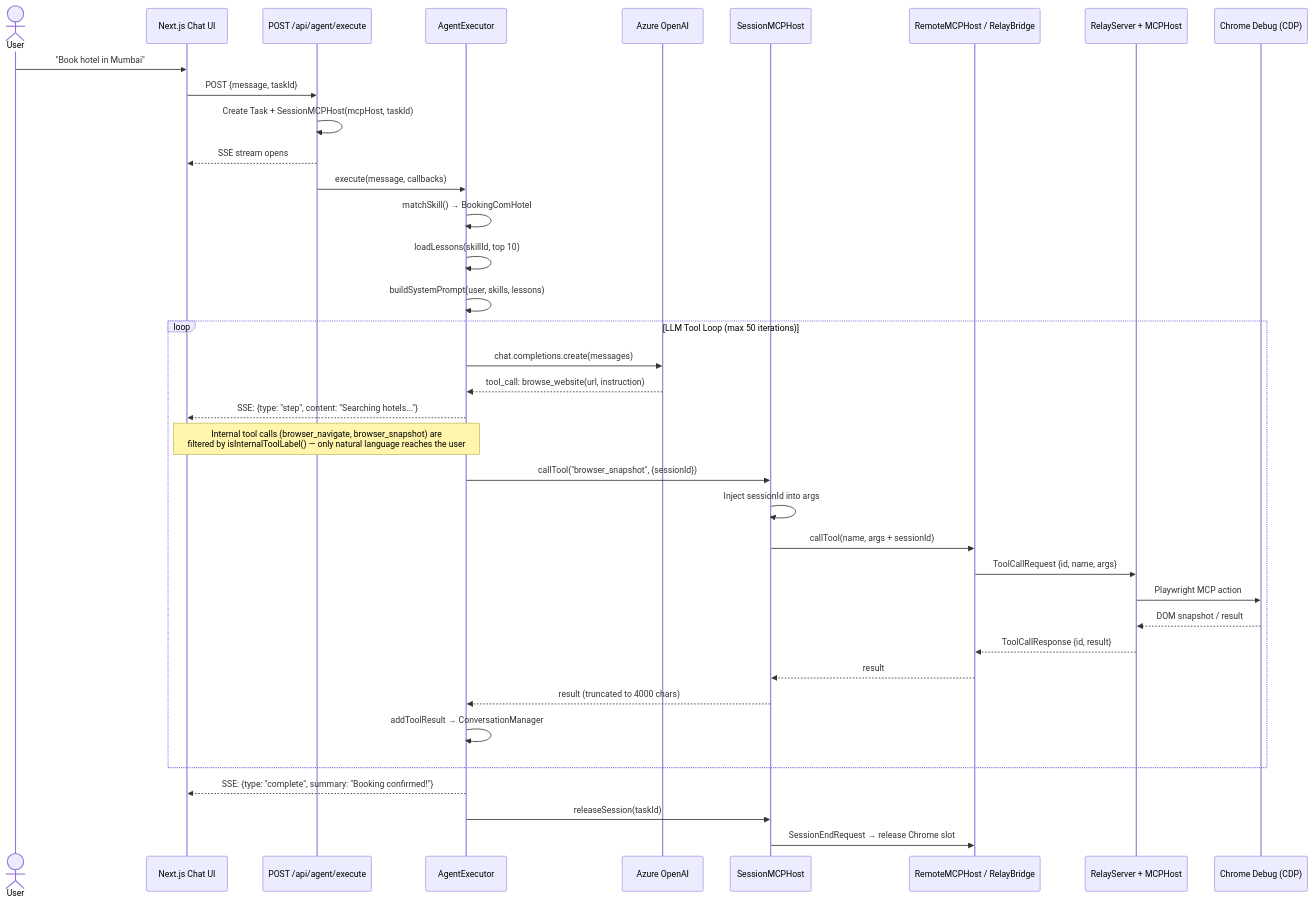
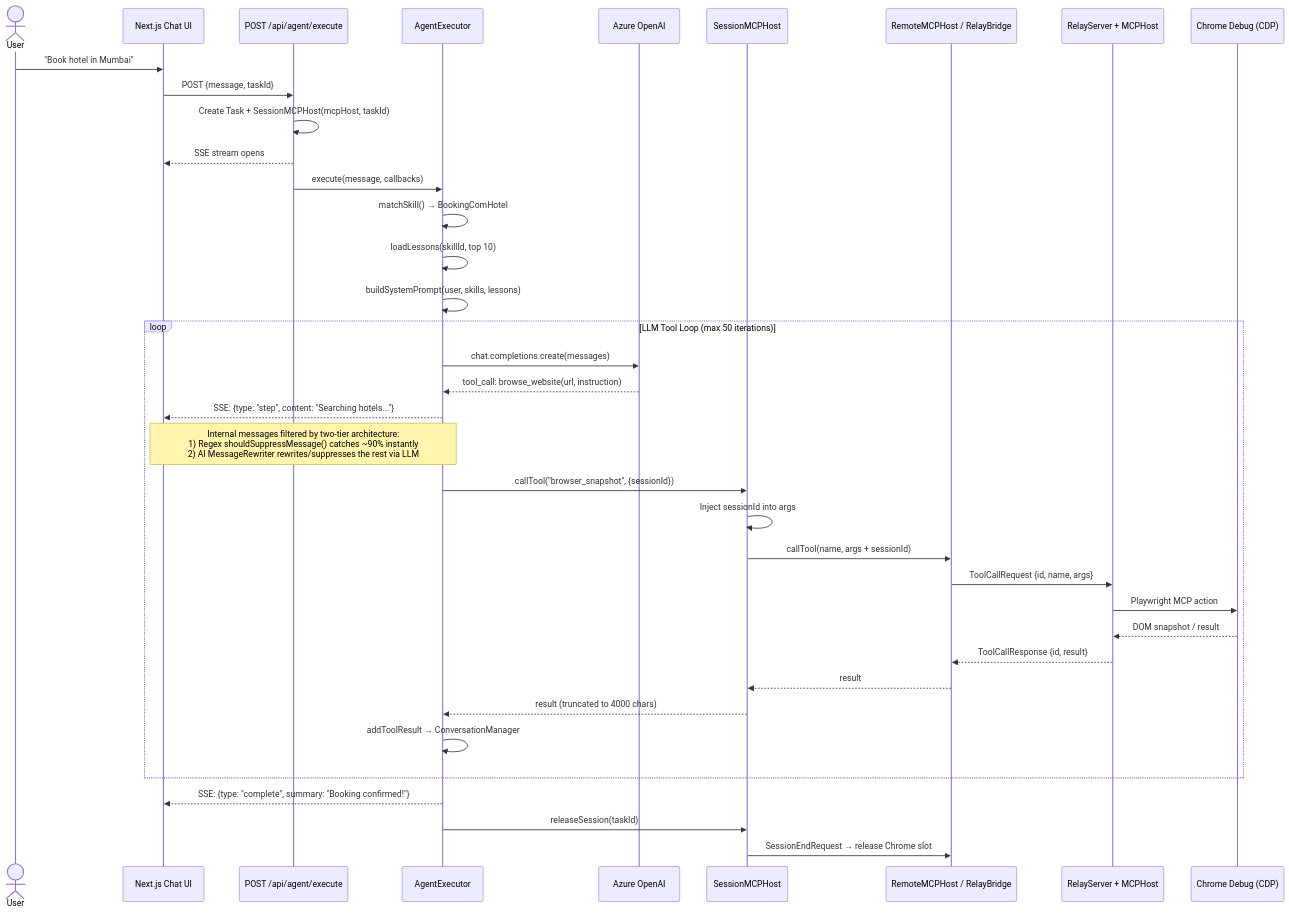
Before and after one commit to rohitsingh30/shofferAi: the third of 8 diagrams in docs/ARCHITECTURE.md, drawn with Mermaid. The commit also changed other lines of this file and 5 other files, not shown here.

First line of the commit message:
docs: comprehensive documentation for two-tier message filtering architecture

````diff
--- a/docs/ARCHITECTURE.md
+++ b/docs/ARCHITECTURE.md
@@ -136,43 +136,43 @@
 ```mermaid
 sequenceDiagram
     actor User
     participant UI as Next.js Chat UI
     participant API as POST /api/agent/execute
     participant Agent as AgentExecutor
     participant LLM as Azure OpenAI
     participant SMCP as SessionMCPHost
     participant Relay as RemoteMCPHost / RelayBridge
     participant Laptop as RelayServer + MCPHost
     participant Chrome as Chrome Debug (CDP)
 
     User->>UI: "Book hotel in Mumbai"
     UI->>API: POST {message, taskId}
     API->>API: Create Task + SessionMCPHost(mcpHost, taskId)
     API-->>UI: SSE stream opens
 
     API->>Agent: execute(message, callbacks)
     Agent->>Agent: matchSkill() → BookingComHotel
     Agent->>Agent: loadLessons(skillId, top 10)
     Agent->>Agent: buildSystemPrompt(user, skills, lessons)
 
     loop LLM Tool Loop (max 50 iterations)
         Agent->>LLM: chat.completions.create(messages)
         LLM-->>Agent: tool_call: browse_website(url, instruction)
         Agent-->>UI: SSE: {type: "step", content: "Searching hotels..."}
-        Note over Agent,UI: Internal tool calls (browser_navigate, browser_snapshot) are<br/>filtered by isInternalToolLabel() — only natural language reaches the user
+        Note over Agent,UI: Internal messages filtered by two-tier architecture:<br/>1) Regex shouldSuppressMessage() catches ~90% instantly<br/>2) AI MessageRewriter rewrites/suppresses the rest via LLM
         Agent->>SMCP: callTool("browser_snapshot", {sessionId})
         SMCP->>SMCP: Inject sessionId into args
         SMCP->>Relay: callTool(name, args + sessionId)
         Relay->>Laptop: ToolCallRequest {id, name, args}
         Laptop->>Chrome: Playwright MCP action
         Chrome-->>Laptop: DOM snapshot / result
         Laptop-->>Relay: ToolCallResponse {id, result}
         Relay-->>SMCP: result
         SMCP-->>Agent: result (truncated to 4000 chars)
         Agent->>Agent: addToolResult → ConversationManager
     end
 
     Agent-->>UI: SSE: {type: "complete", summary: "Booking confirmed!"}
     Agent->>SMCP: releaseSession(taskId)
     SMCP->>Relay: SessionEndRequest → release Chrome slot
 ```
````
